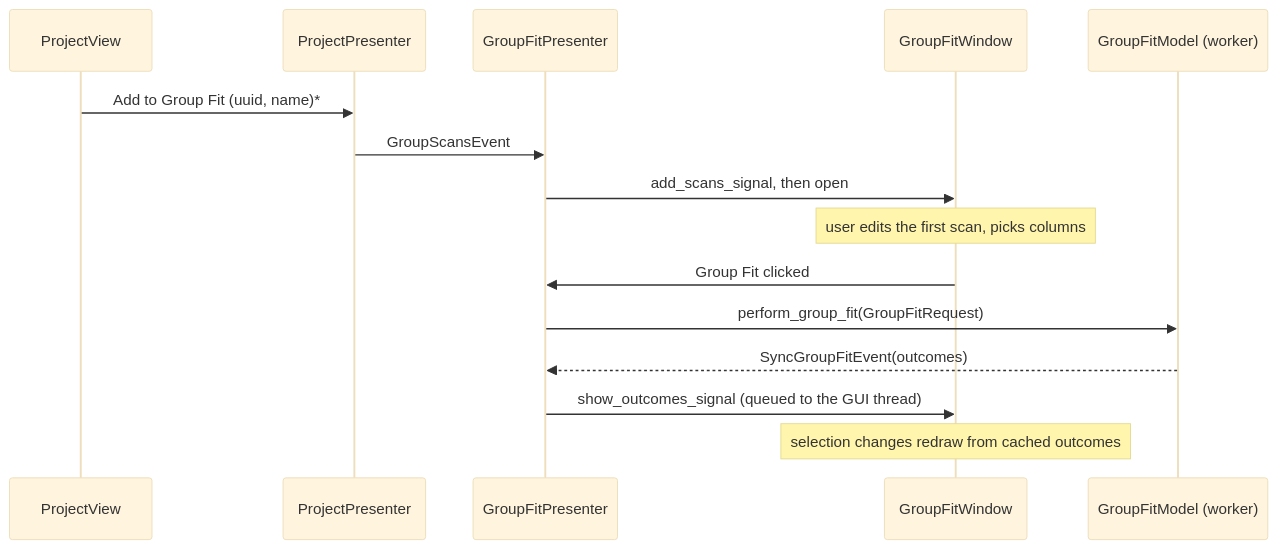
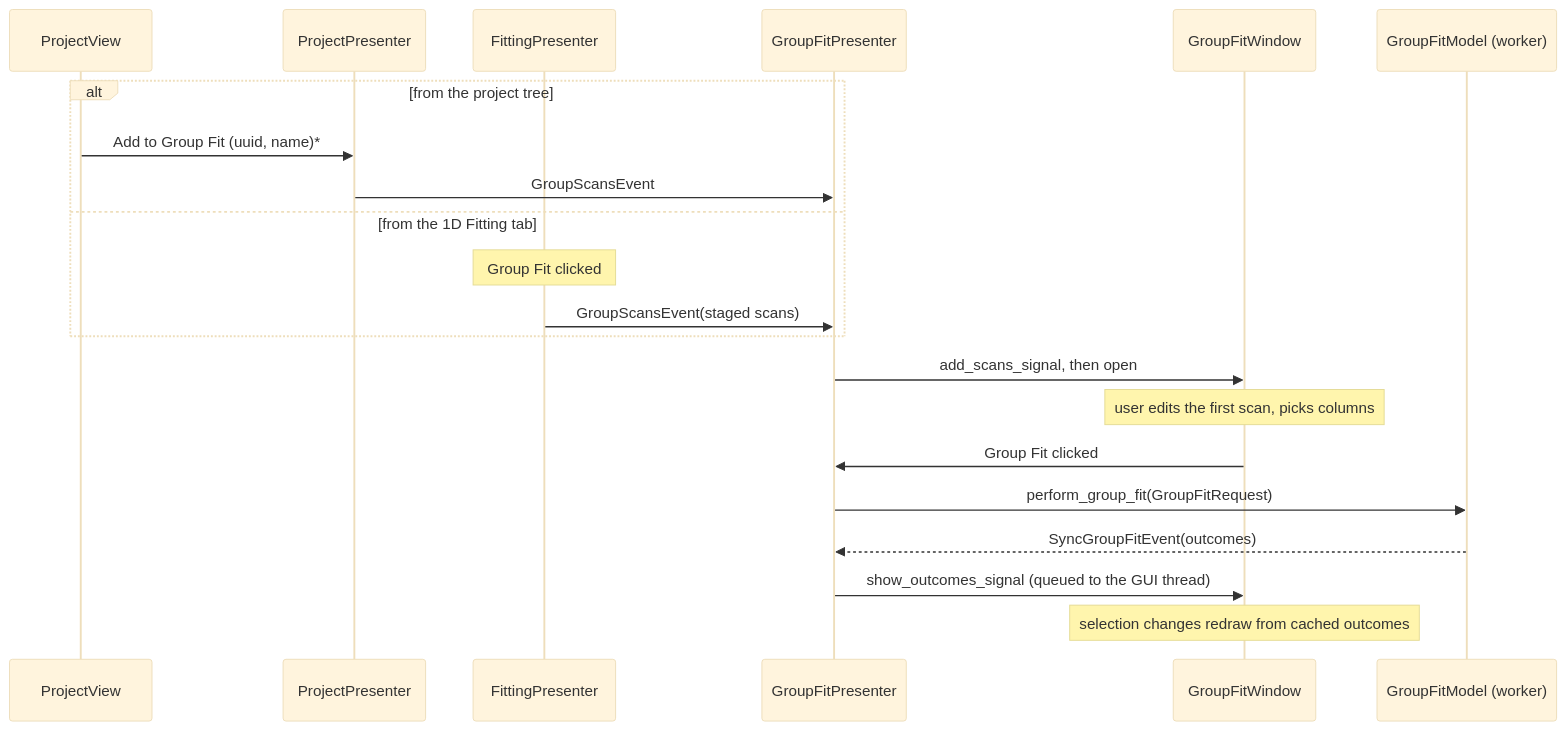
The first of 4 diagrams in docs/source/design/frontend/group_fit_flow.rst (neutrons/TAVI), drawn with Mermaid (base theme) before and after one commit. The commit also changed other lines of this file and 23 other files, not shown here.

First line of the commit message:
deprecate sequential fit as replaced by group fit (#150)

```diff
--- a/docs/source/design/frontend/group_fit_flow.rst
+++ b/docs/source/design/frontend/group_fit_flow.rst
@@ -77,18 +78,24 @@
 .. mermaid::
 
     sequenceDiagram
         participant Tree as ProjectView
         participant PP as ProjectPresenter
+        participant FP as FittingPresenter
         participant GP as GroupFitPresenter
         participant W as GroupFitWindow
         participant M as GroupFitModel (worker)
 
-        Tree ->> PP: Add to Group Fit (uuid, name)*
-        PP ->> GP: GroupScansEvent
+        alt from the project tree
+            Tree ->> PP: Add to Group Fit (uuid, name)*
+            PP ->> GP: GroupScansEvent
+        else from the 1D Fitting tab
+            Note over FP: Group Fit clicked
+            FP ->> GP: GroupScansEvent(staged scans)
+        end
         GP ->> W: add_scans_signal, then open
         Note over W: user edits the first scan, picks columns
         W ->> GP: Group Fit clicked
         GP ->> M: perform_group_fit(GroupFitRequest)
         M -->> GP: SyncGroupFitEvent(outcomes)
         GP ->> W: show_outcomes_signal (queued to the GUI thread)
         Note over W: selection changes redraw from cached outcomes
```
